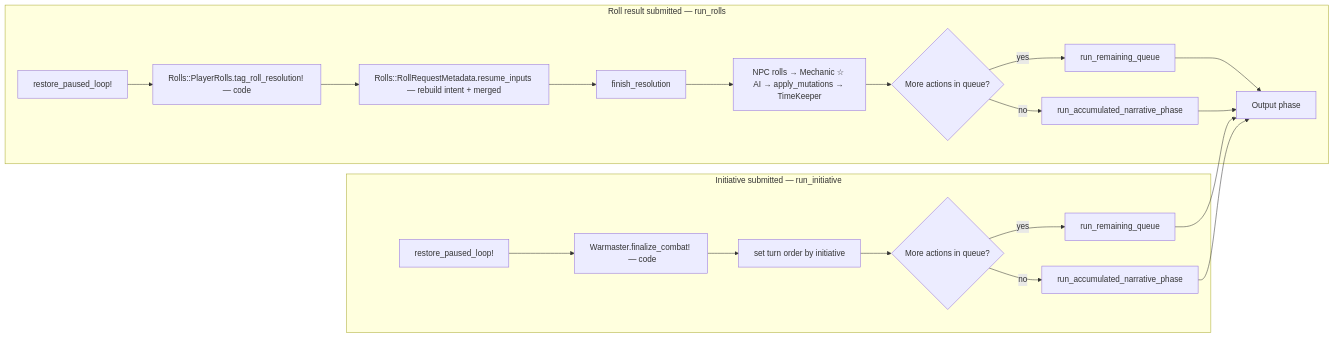
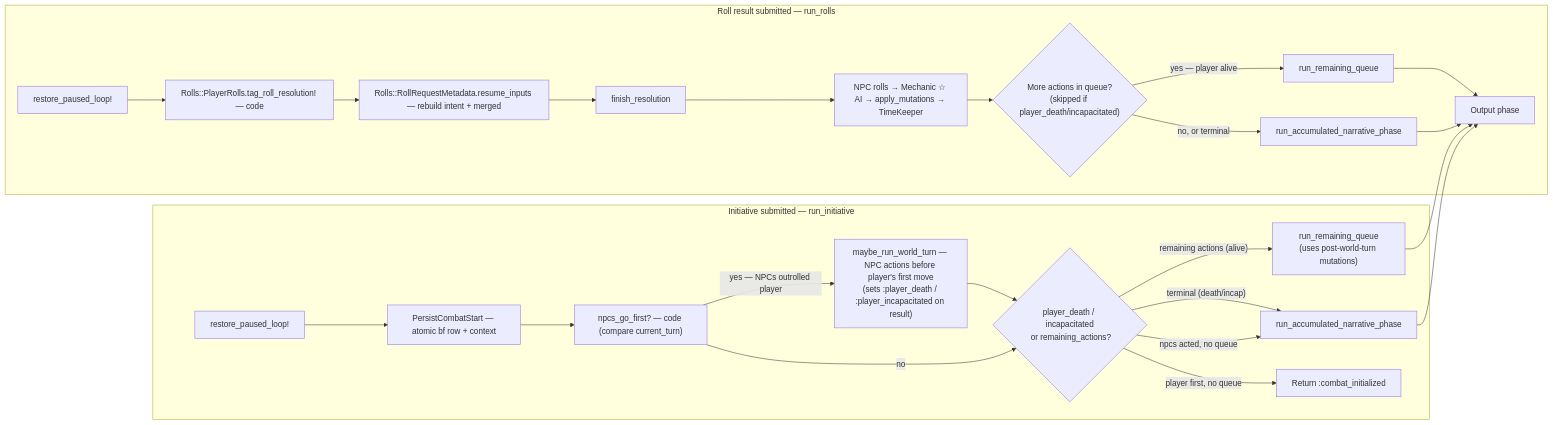
The second of 2 diagrams in docs/pipeline_diagram.md (Low-Light-Games/ruby-leather-armor), drawn with Mermaid before and after one commit. The commit also changed other lines of this file and 11 other files, not shown here.

````diff
--- a/docs/pipeline_diagram.md
+++ b/docs/pipeline_diagram.md
@@ -199,24 +199,29 @@
 ```mermaid
 flowchart LR
     subgraph roll_resume["Roll result submitted — run_rolls"]
         RR[restore_paused_loop!] --> RR1[Rolls::PlayerRolls.tag_roll_resolution! — code]
         RR1 --> RR2[Rolls::RollRequestMetadata.resume_inputs — rebuild intent + merged]
         RR2 --> RR3[finish_resolution]
         RR3 --> RR4["NPC rolls → Mechanic ☆ AI → apply_mutations → TimeKeeper"]
-        RR4 --> RR5{More actions in queue?}
-        RR5 -->|yes| RR6[run_remaining_queue]
-        RR5 -->|no| RR7[run_accumulated_narrative_phase]
+        RR4 --> RR5{"More actions in queue?\n(skipped if player_death/incapacitated)"}
+        RR5 -->|"yes — player alive"| RR6[run_remaining_queue]
+        RR5 -->|"no, or terminal"| RR7[run_accumulated_narrative_phase]
         RR6 --> PHASE[Output phase]
         RR7 --> PHASE
     end
 
     subgraph init_resume["Initiative submitted — run_initiative"]
-        II[restore_paused_loop!] --> II1[Warmaster.finalize_combat!  — code]
-        II1 --> II2[set turn order by initiative]
-        II2 --> II3{More actions in queue?}
-        II3 -->|yes| II4[run_remaining_queue]
-        II3 -->|no| II5[run_accumulated_narrative_phase]
+        II[restore_paused_loop!] --> II1[PersistCombatStart — atomic bf row + context]
+        II1 --> II2["npcs_go_first? — code (compare current_turn)"]
+        II2 -->|"yes — NPCs outrolled player"| II_WT["maybe_run_world_turn — NPC actions before player's first move\n(sets :player_death / :player_incapacitated on result)"]
+        II_WT --> II3
+        II2 -->|no| II3
+        II3{"player_death / incapacitated\n or remaining_actions?"}
+        II3 -->|"terminal (death/incap)"| II5[run_accumulated_narrative_phase]
+        II3 -->|"remaining actions (alive)"| II4["run_remaining_queue\n(uses post-world-turn mutations)"]
+        II3 -->|"npcs acted, no queue"| II5
+        II3 -->|"player first, no queue"| II_SILENT[Return :combat_initialized]
         II4 --> PHASE
         II5 --> PHASE
     end
 ```
````
